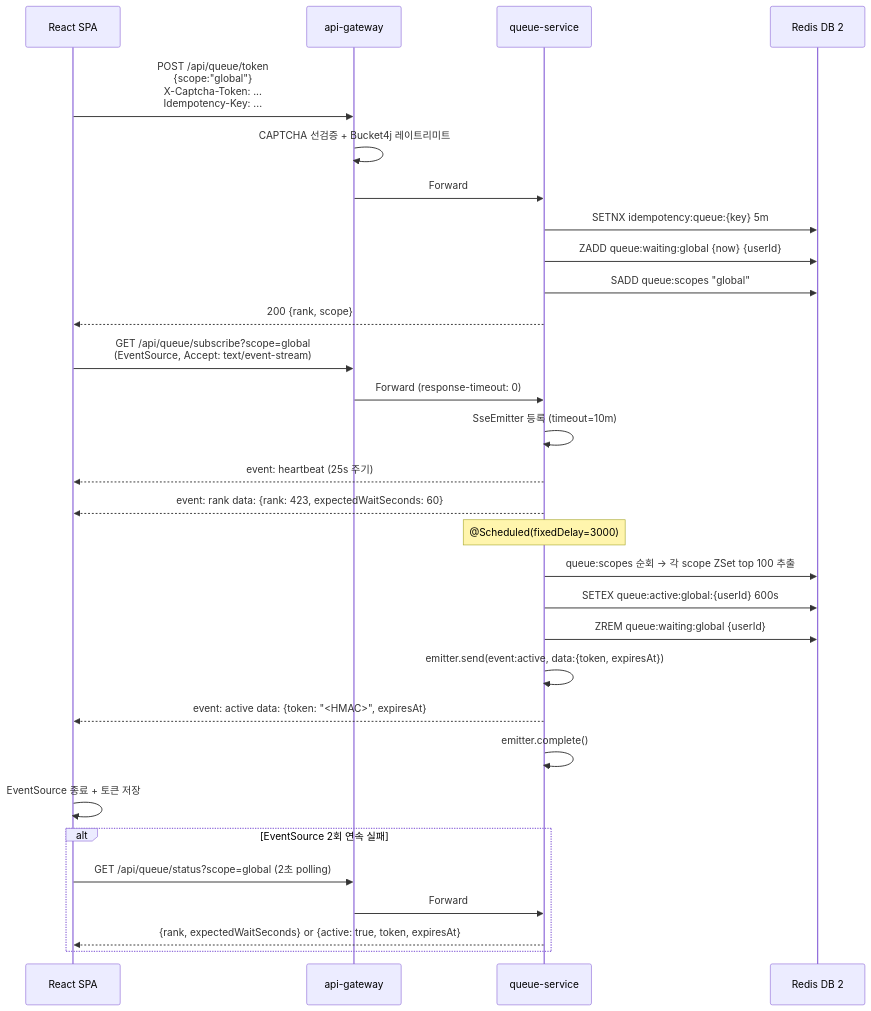
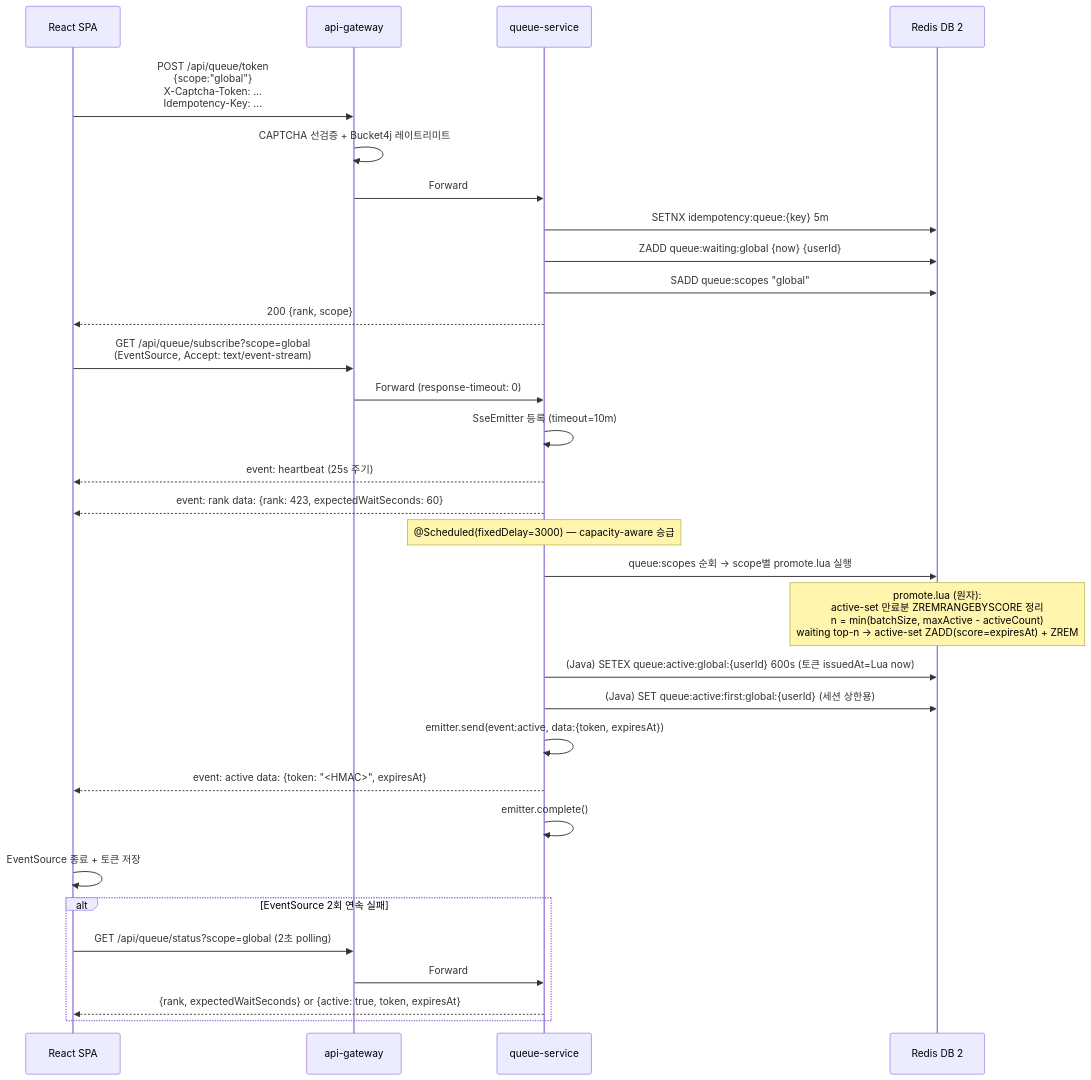
The eighth of 16 diagrams in docs/ARCHITECTURE.md (yunnhho/xral-msa), drawn with Mermaid before and after one commit. The commit also changed other lines of this file and 24 other files, not shown here.

````diff
--- a/docs/ARCHITECTURE.md
+++ b/docs/ARCHITECTURE.md
@@ -310,37 +310,38 @@
 ```mermaid
 sequenceDiagram
     participant SPA as React SPA
     participant GW as api-gateway
     participant Q as queue-service
     participant RD as Redis DB 2
 
     SPA->>GW: POST /api/queue/token<br/>{scope:"global"}<br/>X-Captcha-Token: ...<br/>Idempotency-Key: ...
     GW->>GW: CAPTCHA 선검증 + Bucket4j 레이트리미트
     GW->>Q: Forward
     Q->>RD: SETNX idempotency:queue:{key} 5m
     Q->>RD: ZADD queue:waiting:global {now} {userId}
     Q->>RD: SADD queue:scopes "global"
     Q-->>SPA: 200 {rank, scope}
 
     SPA->>GW: GET /api/queue/subscribe?scope=global<br/>(EventSource, Accept: text/event-stream)
     GW->>Q: Forward (response-timeout: 0)
     Q->>Q: SseEmitter 등록 (timeout=10m)
     Q-->>SPA: event: heartbeat (25s 주기)
     Q-->>SPA: event: rank data: {rank: 423, expectedWaitSeconds: 60}
 
-    Note over Q: @Scheduled(fixedDelay=3000)
-    Q->>RD: queue:scopes 순회 → 각 scope ZSet top 100 추출
-    Q->>RD: SETEX queue:active:global:{userId} 600s
-    Q->>RD: ZREM queue:waiting:global {userId}
+    Note over Q: @Scheduled(fixedDelay=3000) — capacity-aware 승급
+    Q->>RD: queue:scopes 순회 → scope별 promote.lua 실행
+    Note over RD: promote.lua (원자):<br/>active-set 만료분 ZREMRANGEBYSCORE 정리<br/>n = min(batchSize, maxActive - activeCount)<br/>waiting top-n → active-set ZADD(score=expiresAt) + ZREM
+    Q->>RD: (Java) SETEX queue:active:global:{userId} 600s (토큰 issuedAt=Lua now)
+    Q->>RD: (Java) SET queue:active:first:global:{userId} (세션 상한용)
     Q->>Q: emitter.send(event:active, data:{token, expiresAt})
     Q-->>SPA: event: active data: {token: "<HMAC>", expiresAt}
     Q->>Q: emitter.complete()
 
     SPA->>SPA: EventSource 종료 + 토큰 저장
 
     alt EventSource 2회 연속 실패
         SPA->>GW: GET /api/queue/status?scope=global (2초 polling)
         GW->>Q: Forward
         Q-->>SPA: {rank, expectedWaitSeconds} or {active: true, token, expiresAt}
     end
 ```
````
